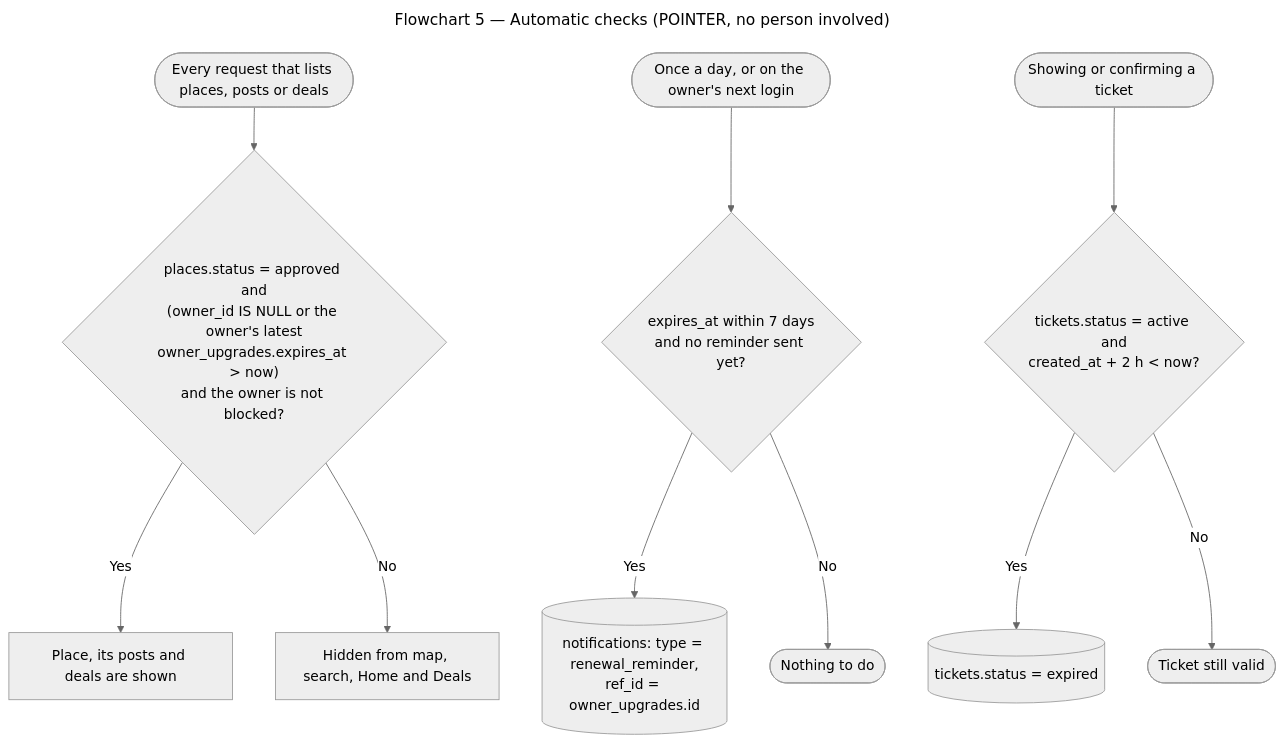
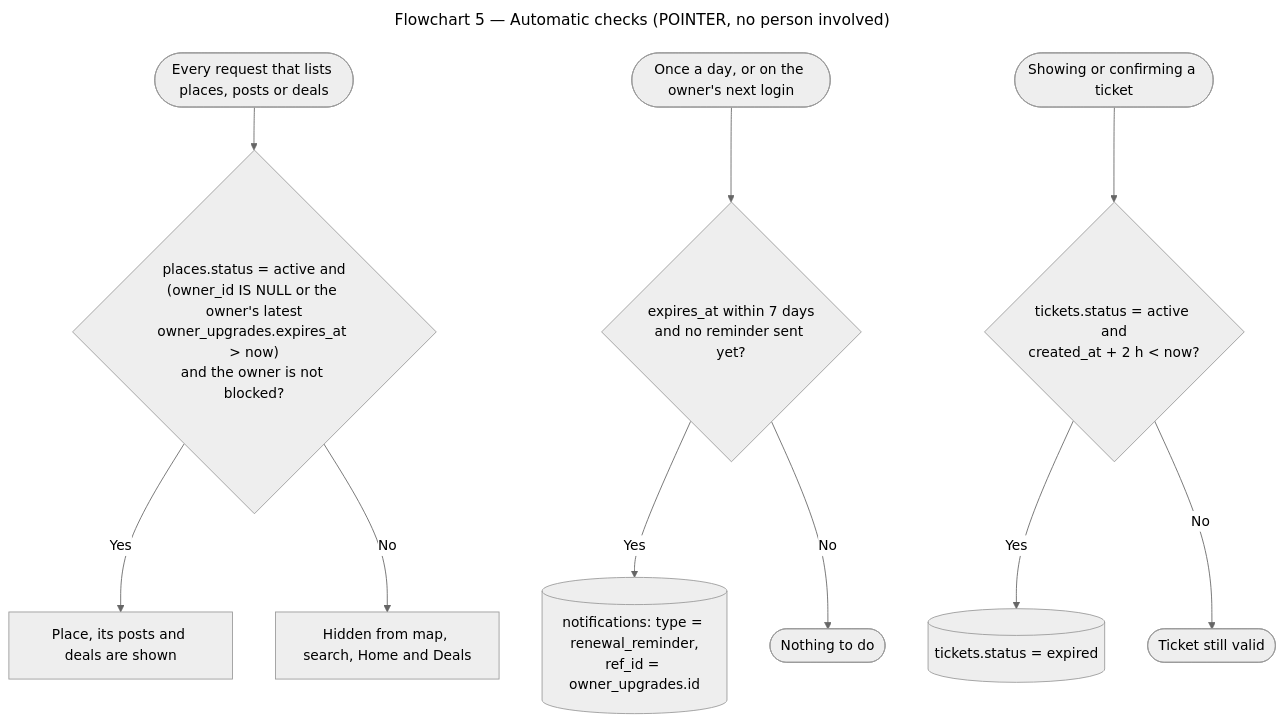
The diagram in frontend/docs/flows/5-system.mmd (YeNaingOo969/POINTER), drawn with Mermaid (neutral theme) before and after one commit. The commit also changed 20 other files, not shown here.

First line of the commit message:
Use the ER place statuses: pending, active, rejected, hidden

```diff
--- a/frontend/docs/flows/5-system.mmd
+++ b/frontend/docs/flows/5-system.mmd
@@ -1,15 +1,15 @@
 ---
 title: "Flowchart 5 — Automatic checks (POINTER, no person involved)"
 ---
 flowchart TD
-  S([Every request that lists places, posts or deals]) --> VQ{"places.status = approved and<br/>(owner_id IS NULL or the owner's latest<br/>owner_upgrades.expires_at > now)<br/>and the owner is not blocked?"}
+  S([Every request that lists places, posts or deals]) --> VQ{"places.status = active and<br/>(owner_id IS NULL or the owner's latest<br/>owner_upgrades.expires_at > now)<br/>and the owner is not blocked?"}
   VQ -- Yes --> SHOW[Place, its posts and deals are shown]
   VQ -- No --> HIDE[Hidden from map, search, Home and Deals]
 
   S2([Once a day, or on the owner's next login]) --> RQ{"expires_at within 7 days<br/>and no reminder sent yet?"}
   RQ -- Yes --> RN[("notifications: type = renewal_reminder,<br/>ref_id = owner_upgrades.id")]
   RQ -- No --> X([Nothing to do])
 
   S3([Showing or confirming a ticket]) --> TQ{"tickets.status = active and<br/>created_at + 2 h < now?"}
   TQ -- Yes --> TX[("tickets.status = expired")]
   TQ -- No --> OK([Ticket still valid])
```
